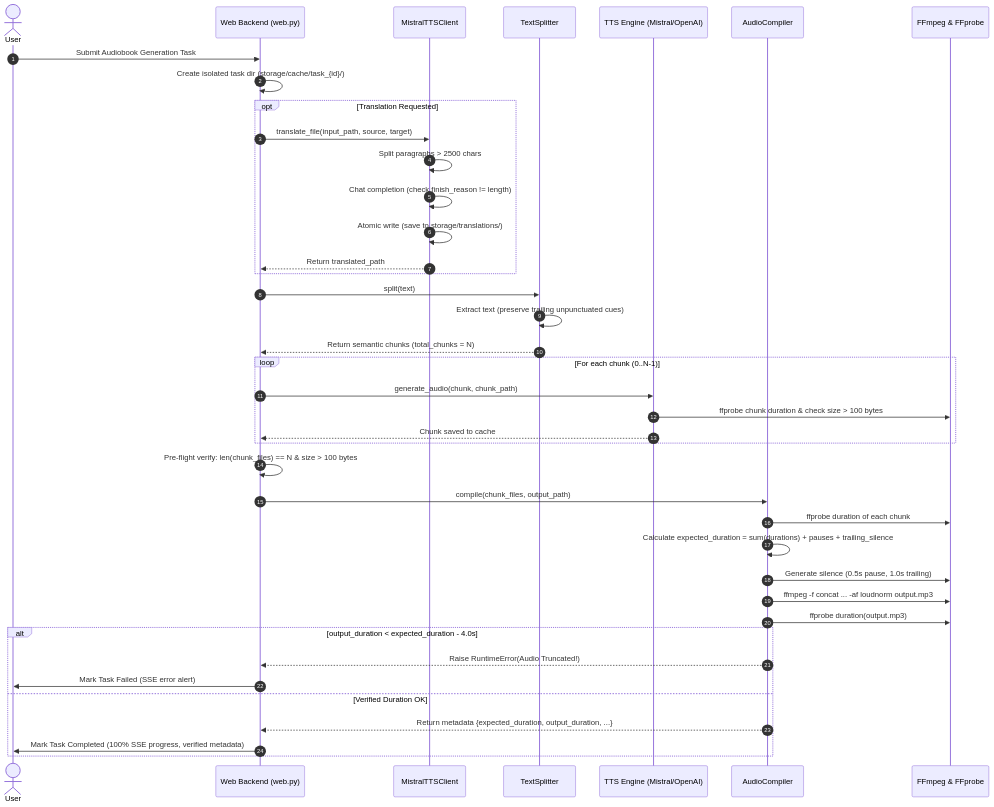
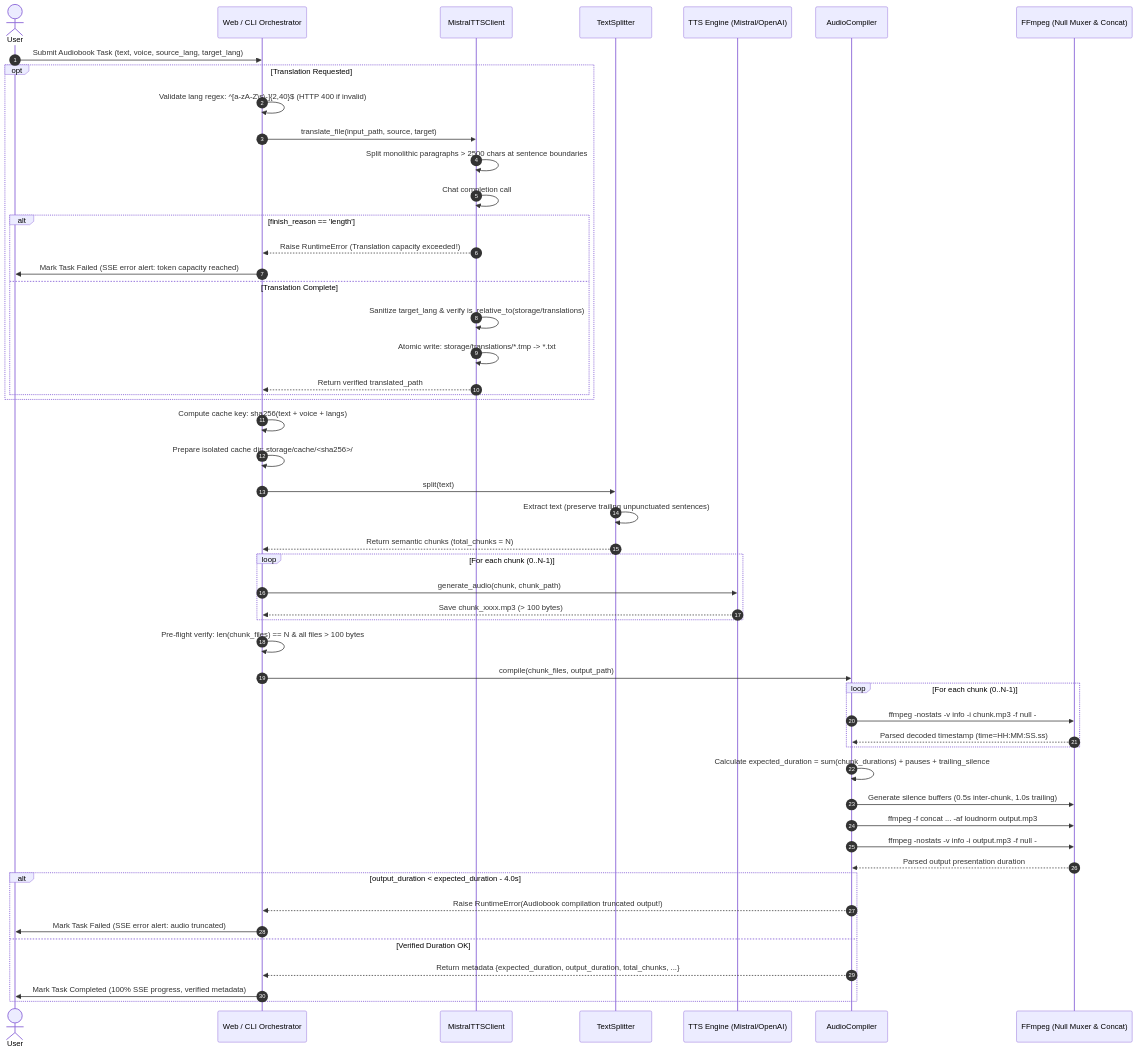
Before and after one commit to Martin-Fox/mistral-tts: the second of 2 diagrams in docs/plans/2026-10-06-audio-truncation-safeguard.md, drawn with Mermaid. The commit also changed other lines of this file and 10 other files, not shown here.

Commit message:
fix(pipeline): add decoded duration probing, translation guards, and cache isolation

````diff
--- a/docs/plans/2026-10-06-audio-truncation-safeguard.md
+++ b/docs/plans/2026-10-06-audio-truncation-safeguard.md
@@ -170,49 +242,60 @@
 ```mermaid
 sequenceDiagram
     autonumber
     actor User
-    participant Web as Web Backend (web.py)
+    participant Web as Web / CLI Orchestrator
     participant Trans as MistralTTSClient
     participant Split as TextSplitter
     participant TTS as TTS Engine (Mistral/OpenAI)
     participant Comp as AudioCompiler
-    participant FF as FFmpeg & FFprobe
+    participant FF as FFmpeg (Null Muxer & Concat)
 
-    User->>Web: Submit Audiobook Generation Task
-    Web->>Web: Create isolated task dir (storage/cache/task_{id}/)
+    User->>Web: Submit Audiobook Task (text, voice, source_lang, target_lang)
     
     opt Translation Requested
+        Web->>Web: Validate lang regex: ^[a-zA-Z\s\-]{2,40}$ (HTTP 400 if invalid)
         Web->>Trans: translate_file(input_path, source, target)
-        Trans->>Trans: Split paragraphs > 2500 chars
-        Trans->>Trans: Chat completion (check finish_reason != length)
-        Trans->>Trans: Atomic write (save to storage/translations/)
-        Trans-->>Web: Return translated_path
+        Trans->>Trans: Split monolithic paragraphs > 2500 chars at sentence boundaries
+        Trans->>Trans: Chat completion call
+        alt finish_reason == 'length'
+            Trans-->>Web: Raise RuntimeError (Translation capacity exceeded!)
+            Web->>User: Mark Task Failed (SSE error alert: token capacity reached)
+        else Translation Complete
+            Trans->>Trans: Sanitize target_lang & verify is_relative_to(storage/translations)
+            Trans->>Trans: Atomic write: storage/translations/*.tmp -> *.txt
+            Trans-->>Web: Return verified translated_path
+        end
     end
 
+    Web->>Web: Compute cache key: sha256(text + voice + langs)
+    Web->>Web: Prepare isolated cache dir: storage/cache/<sha256>/
     Web->>Split: split(text)
-    Split->>Split: Extract text (preserve trailing unpunctuated cues)
+    Split->>Split: Extract text (preserve trailing unpunctuated sentences)
     Split-->>Web: Return semantic chunks (total_chunks = N)
 
     loop For each chunk (0..N-1)
         Web->>TTS: generate_audio(chunk, chunk_path)
-        TTS->>FF: ffprobe chunk duration & check size > 100 bytes
-        TTS-->>Web: Chunk saved to cache
+        TTS-->>Web: Save chunk_xxxx.mp3 (> 100 bytes)
     end
 
-    Web->>Web: Pre-flight verify: len(chunk_files) == N & size > 100 bytes
+    Web->>Web: Pre-flight verify: len(chunk_files) == N & all files > 100 bytes
     Web->>Comp: compile(chunk_files, output_path)
     
-    Comp->>FF: ffprobe duration of each chunk
-    Comp->>Comp: Calculate expected_duration = sum(durations) + pauses + trailing_silence
-    Comp->>FF: Generate silence (0.5s pause, 1.0s trailing)
+    loop For each chunk (0..N-1)
+        Comp->>FF: ffmpeg -nostats -v info -i chunk.mp3 -f null -
+        FF-->>Comp: Parsed decoded timestamp (time=HH:MM:SS.ss)
+    end
+    Comp->>Comp: Calculate expected_duration = sum(chunk_durations) + pauses + trailing_silence
+    Comp->>FF: Generate silence buffers (0.5s inter-chunk, 1.0s trailing)
     Comp->>FF: ffmpeg -f concat ... -af loudnorm output.mp3
-    Comp->>FF: ffprobe duration(output.mp3)
+    Comp->>FF: ffmpeg -nostats -v info -i output.mp3 -f null -
+    FF-->>Comp: Parsed output presentation duration
     
     alt output_duration < expected_duration - 4.0s
-        Comp-->>Web: Raise RuntimeError(Audio Truncated!)
-        Web->>User: Mark Task Failed (SSE error alert)
+        Comp-->>Web: Raise RuntimeError(Audiobook compilation truncated output!)
+        Web->>User: Mark Task Failed (SSE error alert: audio truncated)
     else Verified Duration OK
-        Comp-->>Web: Return metadata {expected_duration, output_duration, ...}
+        Comp-->>Web: Return metadata {expected_duration, output_duration, total_chunks, ...}
         Web->>User: Mark Task Completed (100% SSE progress, verified metadata)
     end
 ```
````
